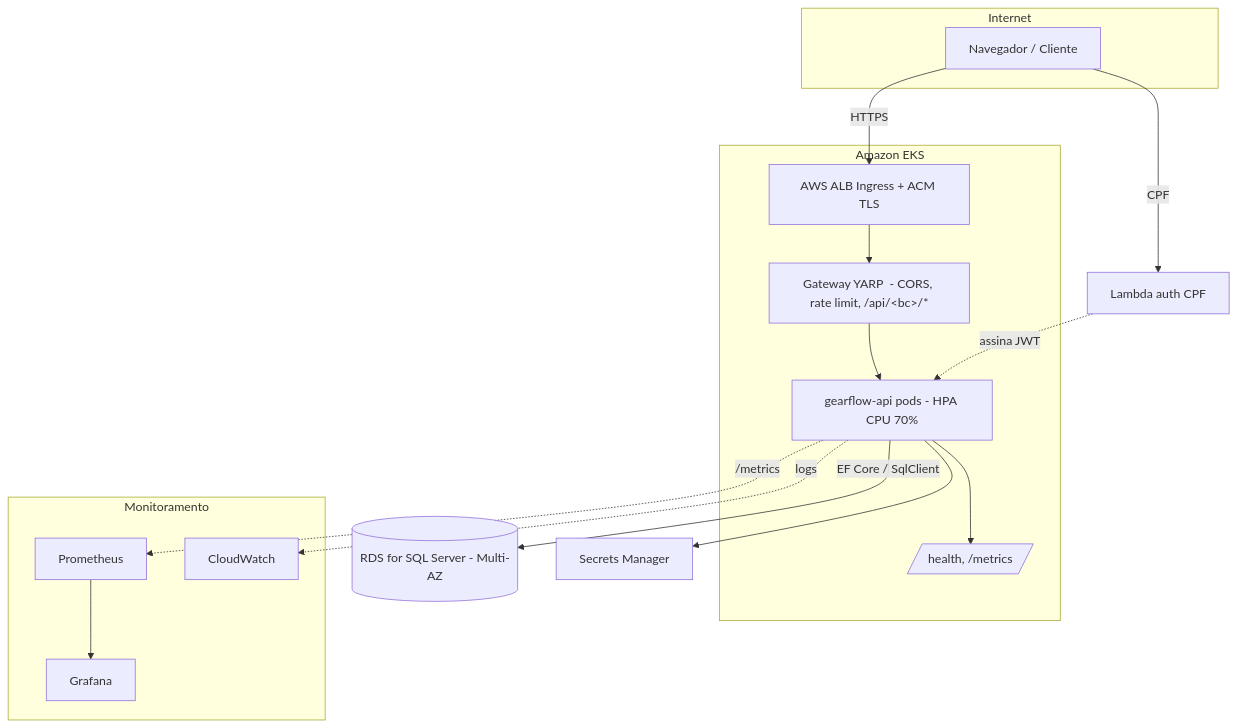
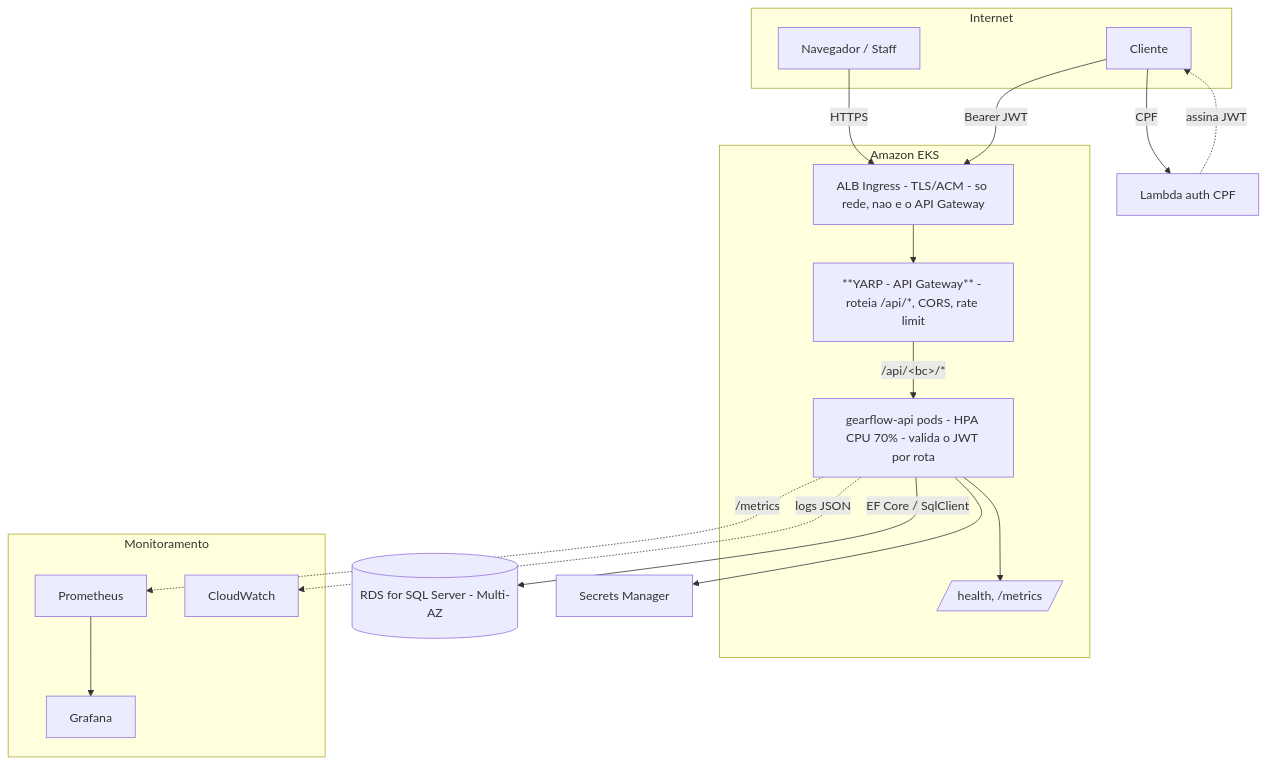
Before and after one commit to Gearflow-Fiap/gearflow-app: the diagram in docs/rfcs/rfc-002-nuvem-e-api-gateway.md, drawn with Mermaid. The commit also changed other lines of this file and 4 other files, not shown here.

First line of the commit message:
docs: esclarece que o API Gateway é o YARP (não gerenciado) + guarda o enunciado

````diff
--- a/docs/rfcs/rfc-002-nuvem-e-api-gateway.md
+++ b/docs/rfcs/rfc-002-nuvem-e-api-gateway.md
@@ -49,21 +63,23 @@
 ```mermaid
 flowchart TB
     subgraph Internet
-        U[Navegador / Cliente]
+        U[Navegador / Staff]
+        C[Cliente]
     end
-    U -->|HTTPS| ALB[AWS ALB Ingress + ACM TLS]
+    U -->|HTTPS| ALB[ALB Ingress - TLS/ACM - so rede, nao e o API Gateway]
+    C -->|CPF| L[Lambda auth CPF]
+    L -.assina JWT.-> C
     subgraph EKS["Amazon EKS"]
-        ALB --> GW[Gateway YARP  - CORS, rate limit, /api/&lt;bc&gt;/*]
-        GW --> API[gearflow-api pods - HPA CPU 70%]
+        ALB --> GW[**YARP - API Gateway** - roteia /api/*, CORS, rate limit]
+        GW -->|/api/&lt;bc&gt;/*| API[gearflow-api pods - HPA CPU 70% - valida o JWT por rota]
         API --> HC[/health, /metrics/]
     end
+    C -->|Bearer JWT| ALB
     API -->|EF Core / SqlClient| RDS[(RDS for SQL Server - Multi-AZ)]
-    U -->|CPF| L[Lambda auth CPF]
-    L -.assina JWT.-> API
     API --> SM[Secrets Manager]
     subgraph Obs["Monitoramento"]
         PROM[Prometheus] --> GRAF[Grafana]
         API -. /metrics .-> PROM
-        API -. logs .-> CW[CloudWatch]
+        API -. logs JSON .-> CW[CloudWatch]
     end
 ```
````
